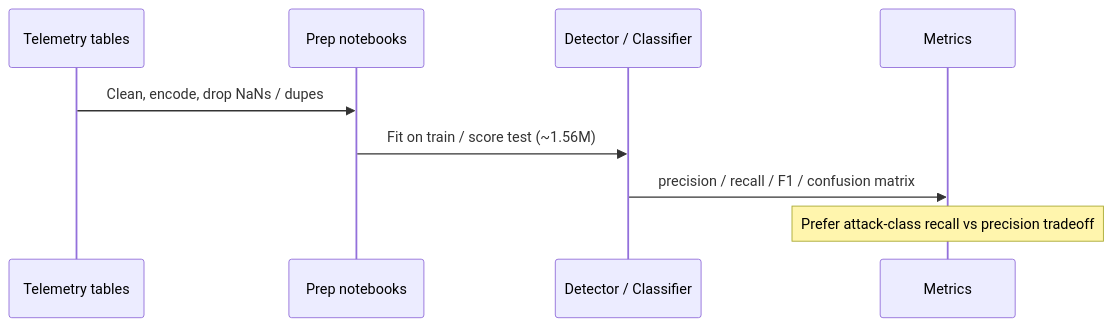
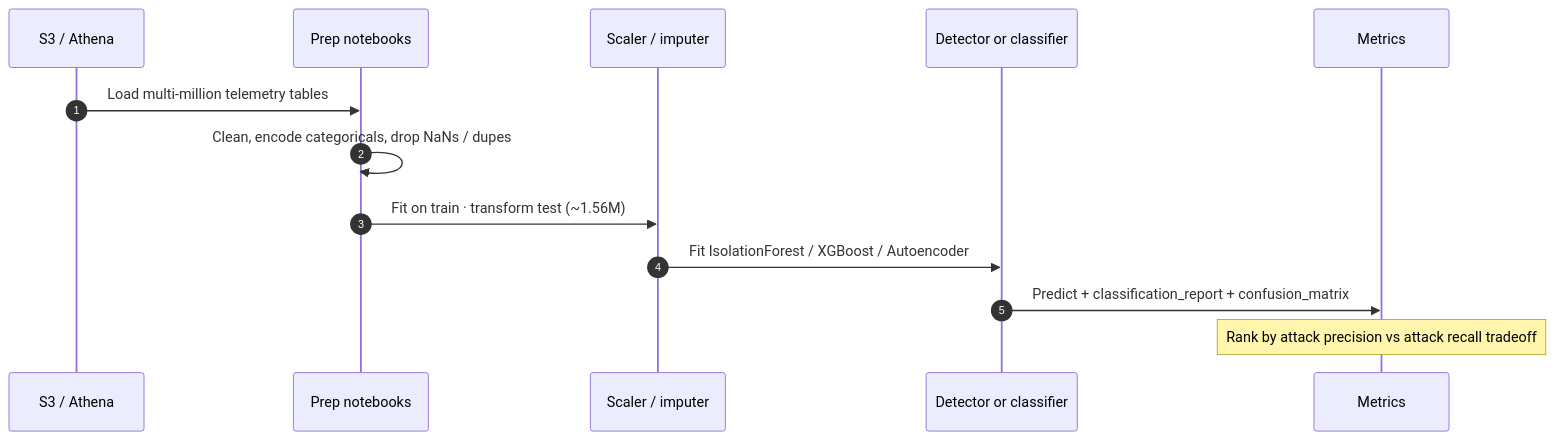
One commit to ArchanaChetan07/CyberSentinel-Security-Solutions changed the seventh of 9 diagrams in README.md. Above: the diagram before and after it, drawn with Mermaid. The commit also changed other lines of this file, not shown here.

Commit message:
Document verified multi-million-event bake-off with diagrams and attack metrics.

````diff
--- a/README.md
+++ b/README.md
@@ -83,11 +177,16 @@
 ```mermaid
 sequenceDiagram
-  participant D as Telemetry tables
-  participant P as Prep notebooks
-  participant M as Detector / Classifier
-  participant E as Metrics
-  D->>P: Clean, encode, drop NaNs / dupes
-  P->>M: Fit on train / score test (~1.56M)
-  M->>E: precision / recall / F1 / confusion matrix
-  Note over E: Prefer attack-class recall vs precision tradeoff
+    autonumber
+    participant S3 as S3 / Athena
+    participant NP as Prep notebooks
+    participant SP as Scaler / imputer
+    participant M as Detector or classifier
+    participant EV as Metrics
+
+    S3->>NP: Load multi-million telemetry tables
+    NP->>NP: Clean, encode categoricals, drop NaNs / dupes
+    NP->>SP: Fit on train · transform test (~1.56M)
+    SP->>M: Fit IsolationForest / XGBoost / Autoencoder
+    M->>EV: Predict + classification_report + confusion_matrix
+    Note over EV: Rank by attack precision vs attack recall tradeoff
 ```
````
